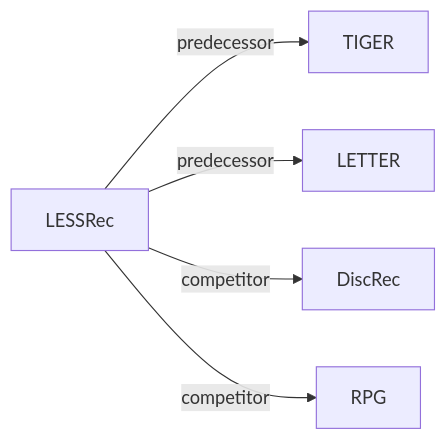
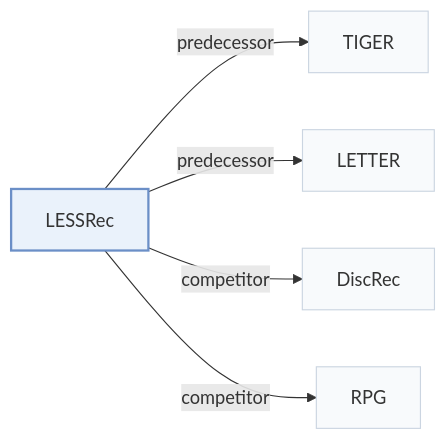
One commit to Galaxy-ghost/Awesome-SID-Generative-Rec changed the second of 2 diagrams in pages/papers/lessrec.md. Above: the diagram before and after it, drawn with Mermaid. The commit also changed other lines of this file and 649 other files, not shown here.

Commit message:
writer-05: also tags and modality index (schema, check, build, visuals); summary field removed; calibration data for 12 papers

````diff
--- a/pages/papers/lessrec.md
+++ b/pages/papers/lessrec.md
@@ -70,8 +74,12 @@
 ```mermaid
 flowchart LR
     P["LESSRec"]
-    P -->|predecessor| A["TIGER"]
-    P -->|predecessor| B["LETTER"]
-    P -->|competitor| C["DiscRec"]
-    P -->|competitor| D["RPG"]
+    P -->|"predecessor"| A["TIGER"]
+    P -->|"predecessor"| B["LETTER"]
+    P -->|"competitor"| C["DiscRec"]
+    P -->|"competitor"| D["RPG"]
+    classDef main fill:#eaf2fb,stroke:#6b8fc7,stroke-width:2px
+    classDef peer fill:#f8fafc,stroke:#cbd5e1
+    class P main
+    class A,B,C,D peer
 ```
````
